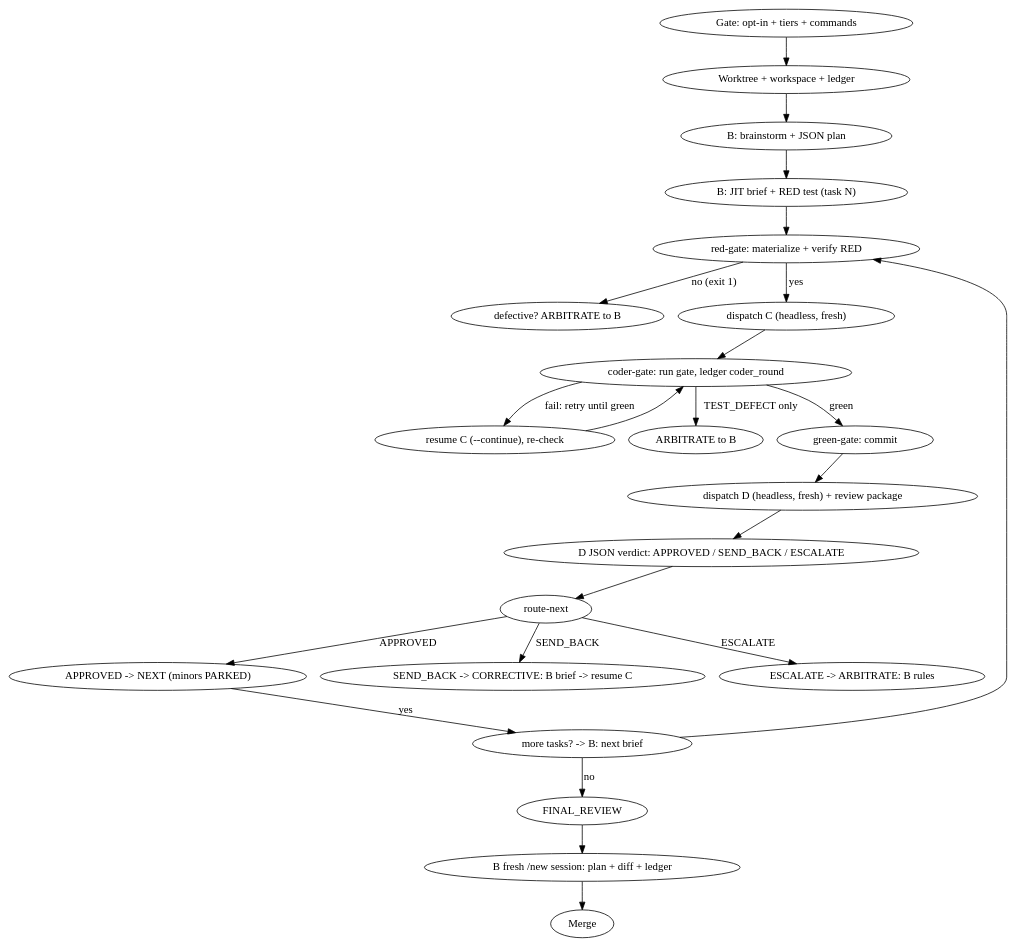
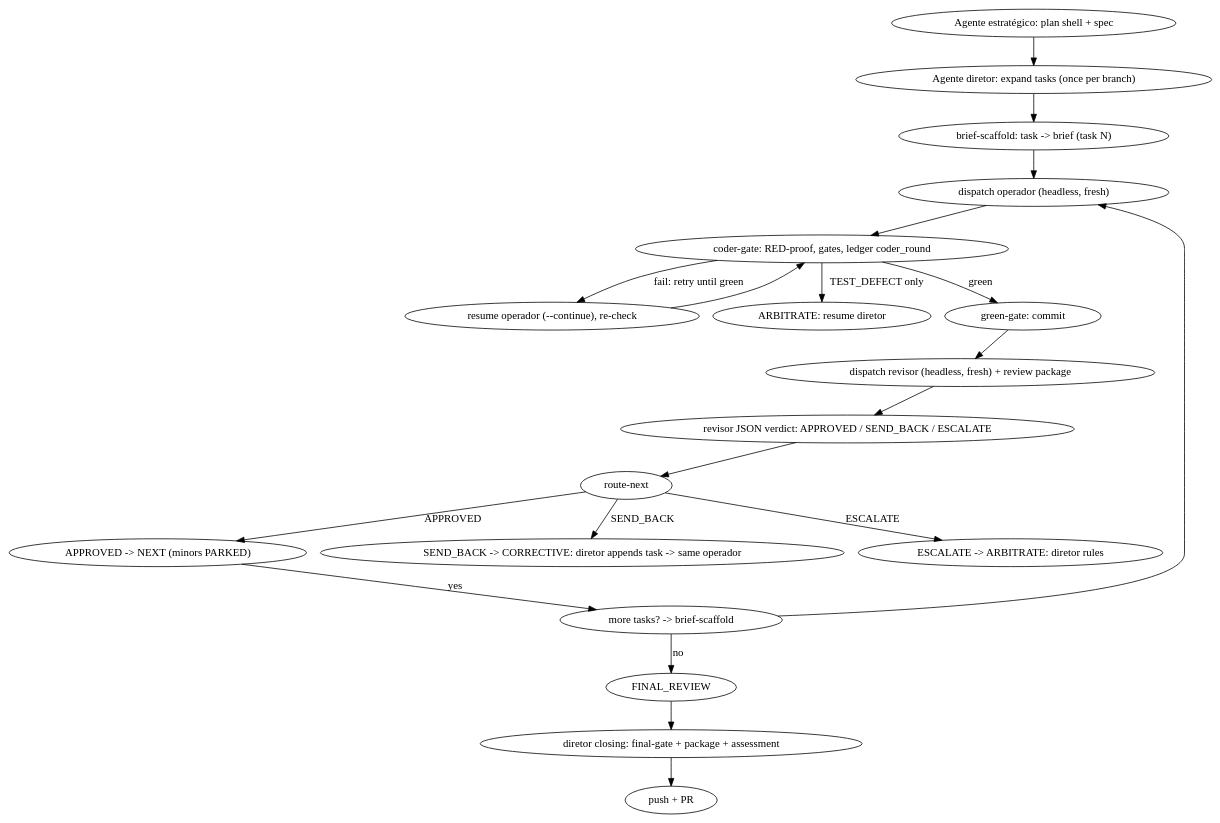
One commit to CarlosMonteiroNeto/superpowers-two-model-pipeline changed the diagram in skills/two-model-sdd-pipeline/SKILL.md. Above: the diagram before and after it, drawn with Graphviz. The commit also changed other lines of this file and 44 other files, not shown here.

First line of the commit message:
feat(pipeline): Agente diretor architecture, Script CEO runner, new actor names

````diff
--- a/skills/two-model-sdd-pipeline/SKILL.md
+++ b/skills/two-model-sdd-pipeline/SKILL.md
@@ -270,27 +285,24 @@
 ```dot
 digraph pipeline {
     rankdir=TB;
-    "Gate: opt-in + tiers + commands" -> "Worktree + workspace + ledger";
-    "Worktree + workspace + ledger" -> "B: brainstorm + JSON plan";
-    "B: brainstorm + JSON plan" -> "B: JIT brief + RED test (task N)";
-    "B: JIT brief + RED test (task N)" -> "red-gate: materialize + verify RED";
-    "red-gate: materialize + verify RED" -> "defective? ARBITRATE to B" [label="no (exit 1)"];
-    "red-gate: materialize + verify RED" -> "dispatch C (headless, fresh)" [label="yes"];
-    "dispatch C (headless, fresh)" -> "coder-gate: run gate, ledger coder_round";
-    "coder-gate: run gate, ledger coder_round" -> "resume C (--continue), re-check" [label="fail: retry until green"];
-    "resume C (--continue), re-check" -> "coder-gate: run gate, ledger coder_round";
-    "coder-gate: run gate, ledger coder_round" -> "ARBITRATE to B" [label="TEST_DEFECT only"];
-    "coder-gate: run gate, ledger coder_round" -> "green-gate: commit" [label="green"];
-    "green-gate: commit" -> "dispatch D (headless, fresh) + review package";
-    "dispatch D (headless, fresh) + review package" -> "D JSON verdict: APPROVED / SEND_BACK / ESCALATE";
-    "D JSON verdict: APPROVED / SEND_BACK / ESCALATE" -> "route-next";
+    "Agente estratégico: plan shell + spec" -> "Agente diretor: expand tasks (once per branch)";
+    "Agente diretor: expand tasks (once per branch)" -> "brief-scaffold: task -> brief (task N)";
+    "brief-scaffold: task -> brief (task N)" -> "dispatch operador (headless, fresh)";
+    "dispatch operador (headless, fresh)" -> "coder-gate: RED-proof, gates, ledger coder_round";
+    "coder-gate: RED-proof, gates, ledger coder_round" -> "resume operador (--continue), re-check" [label="fail: retry until green"];
+    "resume operador (--continue), re-check" -> "coder-gate: RED-proof, gates, ledger coder_round";
+    "coder-gate: RED-proof, gates, ledger coder_round" -> "ARBITRATE: resume diretor" [label="TEST_DEFECT only"];
+    "coder-gate: RED-proof, gates, ledger coder_round" -> "green-gate: commit" [label="green"];
+    "green-gate: commit" -> "dispatch revisor (headless, fresh) + review package";
+    "dispatch revisor (headless, fresh) + review package" -> "revisor JSON verdict: APPROVED / SEND_BACK / ESCALATE";
+    "revisor JSON verdict: APPROVED / SEND_BACK / ESCALATE" -> "route-next";
     "route-next" -> "APPROVED -> NEXT (minors PARKED)" [label="APPROVED"];
-    "route-next" -> "SEND_BACK -> CORRECTIVE: B brief -> resume C" [label="SEND_BACK"];
-    "route-next" -> "ESCALATE -> ARBITRATE: B rules" [label="ESCALATE"];
-    "APPROVED -> NEXT (minors PARKED)" -> "more tasks? -> B: next brief" [label="yes"];
-    "more tasks? -> B: next brief" -> "red-gate: materialize + verify RED";
-    "more tasks? -> B: next brief" -> "FINAL_REVIEW" [label="no"];
-    "FINAL_REVIEW" -> "B fresh /new session: plan + diff + ledger";
-    "B fresh /new session: plan + diff + ledger" -> "Merge";
+    "route-next" -> "SEND_BACK -> CORRECTIVE: diretor appends task -> same operador" [label="SEND_BACK"];
+    "route-next" -> "ESCALATE -> ARBITRATE: diretor rules" [label="ESCALATE"];
+    "APPROVED -> NEXT (minors PARKED)" -> "more tasks? -> brief-scaffold" [label="yes"];
+    "more tasks? -> brief-scaffold" -> "dispatch operador (headless, fresh)";
+    "more tasks? -> brief-scaffold" -> "FINAL_REVIEW" [label="no"];
+    "FINAL_REVIEW" -> "diretor closing: final-gate + package + assessment";
+    "diretor closing: final-gate + package + assessment" -> "push + PR";
 }
 ```
````
